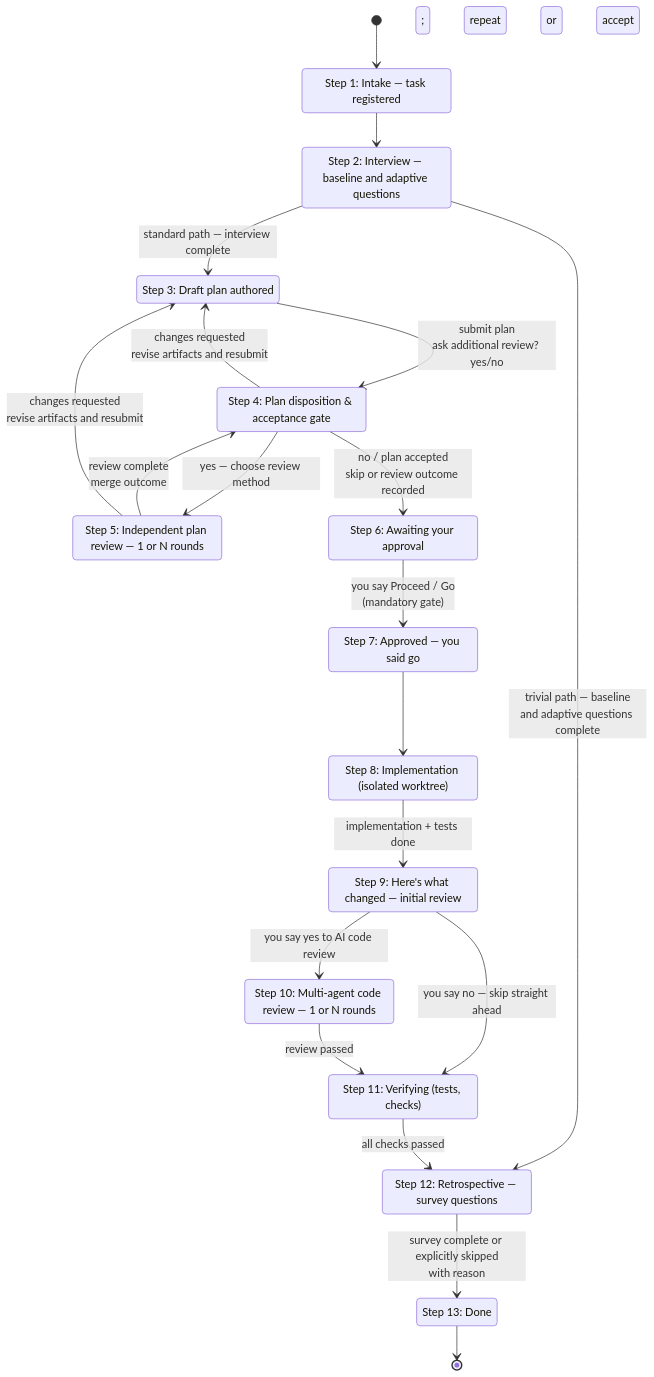
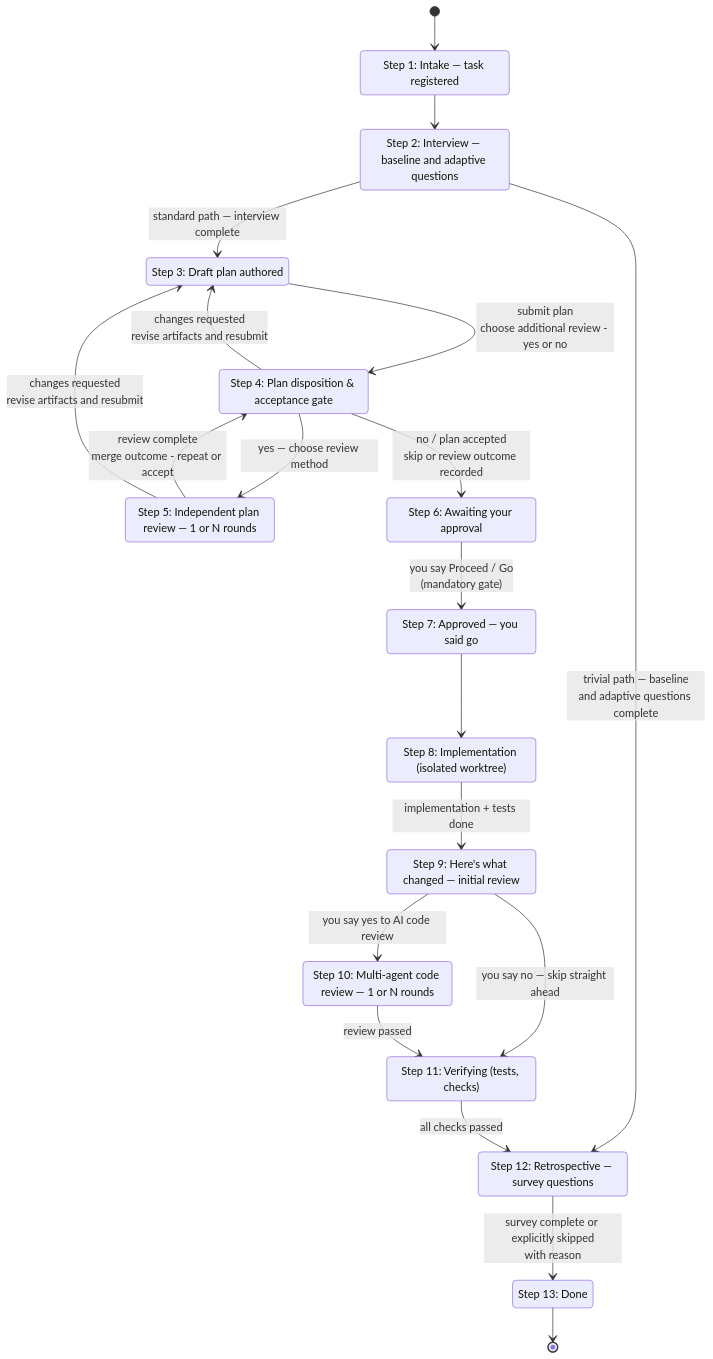
Before and after one commit to richfrem/agent-plugins-skills: the diagram in docs/diagrams/control-plane-pipeline-happy-path.mermaid, drawn with Mermaid.

Commit message:
Docs/agentic os control plane readme (#584)
* docs: foreground Agentic OS control plane

Evolution-Check: none

* docs: fix control-plane Mermaid labels

Evolution-Check: none

```diff
--- a/docs/diagrams/control-plane-pipeline-happy-path.mermaid
+++ b/docs/diagrams/control-plane-pipeline-happy-path.mermaid
@@ -1,34 +1,34 @@
 stateDiagram-v2
     state "Step 1: Intake — task registered" as INTAKE
     state "Step 2: Interview — baseline and adaptive questions" as INTERVIEW
     state "Step 3: Draft plan authored" as DRAFT_PLAN
     state "Step 4: Plan disposition & acceptance gate" as PLAN_REVIEW
     state "Step 5: Independent plan review — 1 or N rounds" as MULTI_AGENT_REVIEW
     state "Step 6: Awaiting your approval" as AWAITING_APPROVAL
     state "Step 7: Approved — you said go" as APPROVED
     state "Step 8: Implementation (isolated worktree)" as IN_WORKTREE
     state "Step 9: Here's what changed — initial review" as WORKTREE_REVIEW
     state "Step 10: Multi-agent code review — 1 or N rounds" as MULTI_AGENT_CODE_REVIEW
     state "Step 11: Verifying (tests, checks)" as VERIFY_EXIT
     state "Step 12: Retrospective — survey questions" as RETROSPECTIVE
     state "Step 13: Done" as DONE
 
     [*] --> INTAKE
     INTAKE --> INTERVIEW
     INTERVIEW --> RETROSPECTIVE : trivial path — baseline<br/>and adaptive questions complete
     INTERVIEW --> DRAFT_PLAN : standard path — interview complete
-    DRAFT_PLAN --> PLAN_REVIEW : submit plan<br/>ask additional review? yes/no
+    DRAFT_PLAN --> PLAN_REVIEW : submit plan<br/>choose additional review - yes or no
     PLAN_REVIEW --> MULTI_AGENT_REVIEW : yes — choose review method
     PLAN_REVIEW --> AWAITING_APPROVAL : no / plan accepted<br/>skip or review outcome recorded
     PLAN_REVIEW --> DRAFT_PLAN : changes requested<br/>revise artifacts and resubmit
-    MULTI_AGENT_REVIEW --> PLAN_REVIEW : review complete<br/>merge outcome; repeat or accept
+    MULTI_AGENT_REVIEW --> PLAN_REVIEW : review complete<br/>merge outcome - repeat or accept
     MULTI_AGENT_REVIEW --> DRAFT_PLAN : changes requested<br/>revise artifacts and resubmit
     AWAITING_APPROVAL --> APPROVED : you say Proceed / Go<br/>(mandatory gate)
     APPROVED --> IN_WORKTREE
     IN_WORKTREE --> WORKTREE_REVIEW : implementation + tests done
     WORKTREE_REVIEW --> MULTI_AGENT_CODE_REVIEW : you say yes to AI code review
     WORKTREE_REVIEW --> VERIFY_EXIT : you say no — skip straight ahead
     MULTI_AGENT_CODE_REVIEW --> VERIFY_EXIT : review passed
     VERIFY_EXIT --> RETROSPECTIVE : all checks passed
     RETROSPECTIVE --> DONE : survey complete or explicitly skipped<br/>with reason
     DONE --> [*]
```
